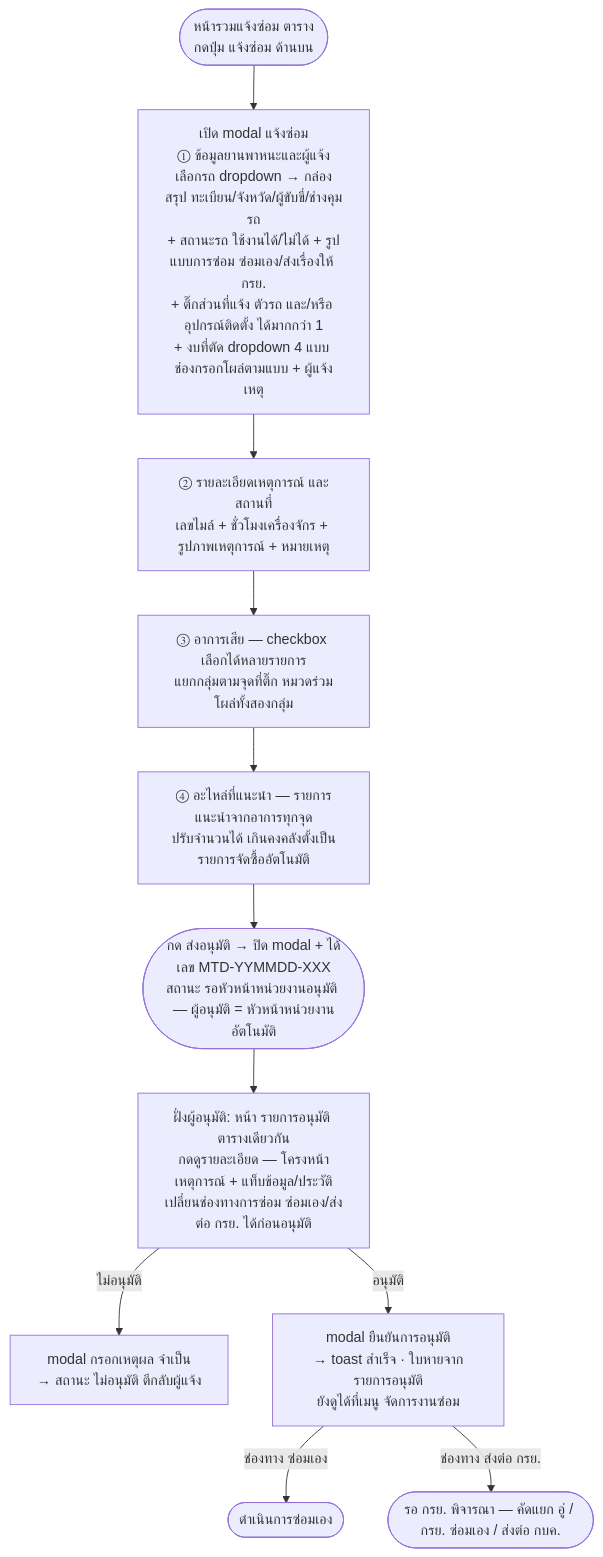
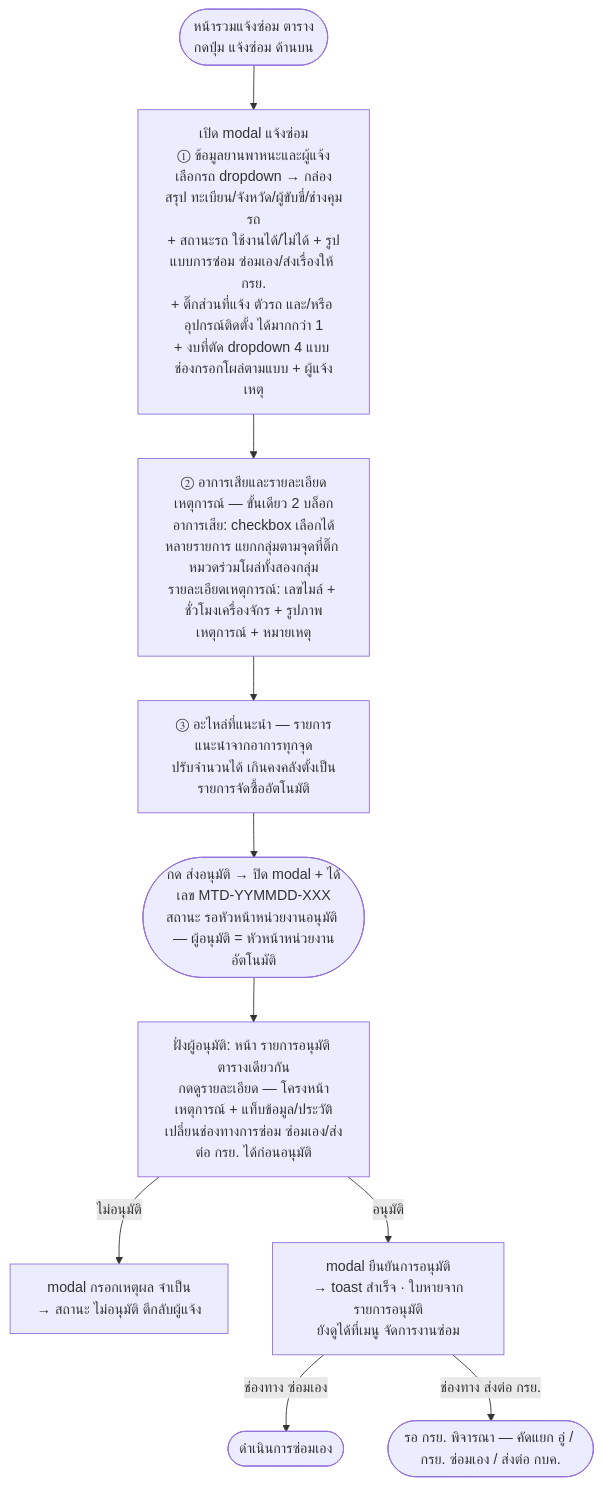
One commit to anugmail/Maintenance-Request-Form changed the diagram in Diagram/02-แจ้งซ่อม-กบค/02-ฟอร์มแจ้งซ่อม.md. Above: the diagram before and after it, drawn with Mermaid. The commit also changed other lines of this file and 9 other files, not shown here.

First line of the commit message:
แจ้งซ่อม: รวมขั้น "รายละเอียดเหตุการณ์" กับ "อาการเสีย" เป็นขั้นเดียว (4 → 3 ขั้น)

````diff
--- a/Diagram/02-แจ้งซ่อม-กบค/02-ฟอร์มแจ้งซ่อม.md
+++ b/Diagram/02-แจ้งซ่อม-กบค/02-ฟอร์มแจ้งซ่อม.md
@@ -14,13 +20,12 @@
 ```mermaid
 flowchart TD
     A([หน้ารวมแจ้งซ่อม ตาราง<br/>กดปุ่ม แจ้งซ่อม ด้านบน]) --> B[เปิด modal แจ้งซ่อม<br/>① ข้อมูลยานพาหนะและผู้แจ้ง<br/>เลือกรถ dropdown → กล่องสรุป ทะเบียน/จังหวัด/ผู้ขับขี่/ช่างคุมรถ<br/>+ สถานะรถ ใช้งานได้/ไม่ได้ + รูปแบบการซ่อม ซ่อมเอง/ส่งเรื่องให้ กรย.<br/>+ ติ๊กส่วนที่แจ้ง ตัวรถ และ/หรือ อุปกรณ์ติดตั้ง ได้มากกว่า 1<br/>+ งบที่ตัด dropdown 4 แบบ ช่องกรอกโผล่ตามแบบ + ผู้แจ้งเหตุ]
-    B --> C[② รายละเอียดเหตุการณ์ และสถานที่<br/>เลขไมล์ + ชั่วโมงเครื่องจักร + รูปภาพเหตุการณ์ + หมายเหตุ]
-    C --> D[③ อาการเสีย — checkbox เลือกได้หลายรายการ<br/>แยกกลุ่มตามจุดที่ติ๊ก หมวดร่วมโผล่ทั้งสองกลุ่ม]
-    D --> E[④ อะไหล่ที่แนะนำ — รายการแนะนำจากอาการทุกจุด<br/>ปรับจำนวนได้ เกินคงคลังตั้งเป็นรายการจัดซื้ออัตโนมัติ]
+    B --> C[② อาการเสียและรายละเอียดเหตุการณ์ — ขั้นเดียว 2 บล็อก<br/>อาการเสีย: checkbox เลือกได้หลายรายการ แยกกลุ่มตามจุดที่ติ๊ก หมวดร่วมโผล่ทั้งสองกลุ่ม<br/>รายละเอียดเหตุการณ์: เลขไมล์ + ชั่วโมงเครื่องจักร + รูปภาพเหตุการณ์ + หมายเหตุ]
+    C --> E[③ อะไหล่ที่แนะนำ — รายการแนะนำจากอาการทุกจุด<br/>ปรับจำนวนได้ เกินคงคลังตั้งเป็นรายการจัดซื้ออัตโนมัติ]
     E --> F([กด ส่งอนุมัติ → ปิด modal + ได้เลข MTD-YYMMDD-XXX<br/>สถานะ รอหัวหน้าหน่วยงานอนุมัติ — ผู้อนุมัติ = หัวหน้าหน่วยงานอัตโนมัติ])
     F --> G[ฝั่งผู้อนุมัติ: หน้า รายการอนุมัติ ตารางเดียวกัน<br/>กดดูรายละเอียด — โครงหน้าเหตุการณ์ + แท็บข้อมูล/ประวัติ<br/>เปลี่ยนช่องทางการซ่อม ซ่อมเอง/ส่งต่อ กรย. ได้ก่อนอนุมัติ]
     G -- ไม่อนุมัติ --> H[modal กรอกเหตุผล จำเป็น<br/>→ สถานะ ไม่อนุมัติ ตีกลับผู้แจ้ง]
     G -- อนุมัติ --> I[modal ยืนยันการอนุมัติ<br/>→ toast สำเร็จ · ใบหายจากรายการอนุมัติ<br/>ยังดูได้ที่เมนู จัดการงานซ่อม]
     I -- ช่องทาง ซ่อมเอง --> J([ดำเนินการซ่อมเอง])
     I -- ช่องทาง ส่งต่อ กรย. --> K([รอ กรย. พิจารณา — คัดแยก อู่ / กรย. ซ่อมเอง / ส่งต่อ กบค.])
 ```
````
